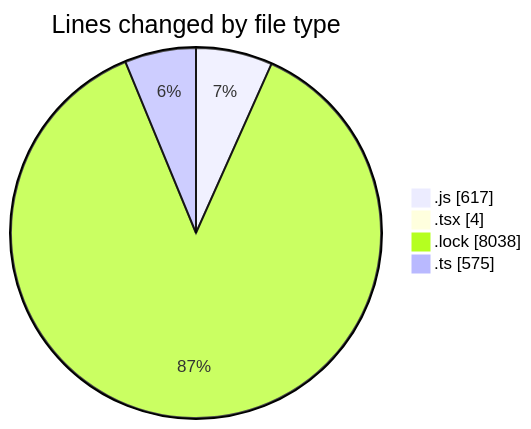
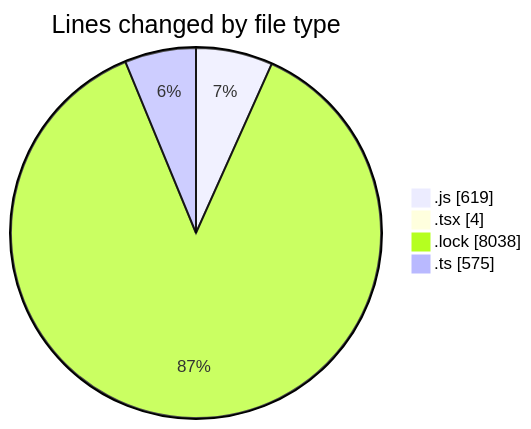
Before and after one commit to momahboobian/code-tracking: the first of 2 diagrams in 2025-03-11/cda/README.md, drawn with Mermaid. The commit also changed other lines of this file and 1 other file, not shown here.

````diff
--- a/2025-03-11/cda/README.md
+++ b/2025-03-11/cda/README.md
@@ -34,8 +34,8 @@
 ```mermaid
 pie showData
 title Lines changed by file type
-".js" : 617
+".js" : 619
 ".tsx" : 4
 ".lock" : 8038
 ".ts" : 575
 ```
````
